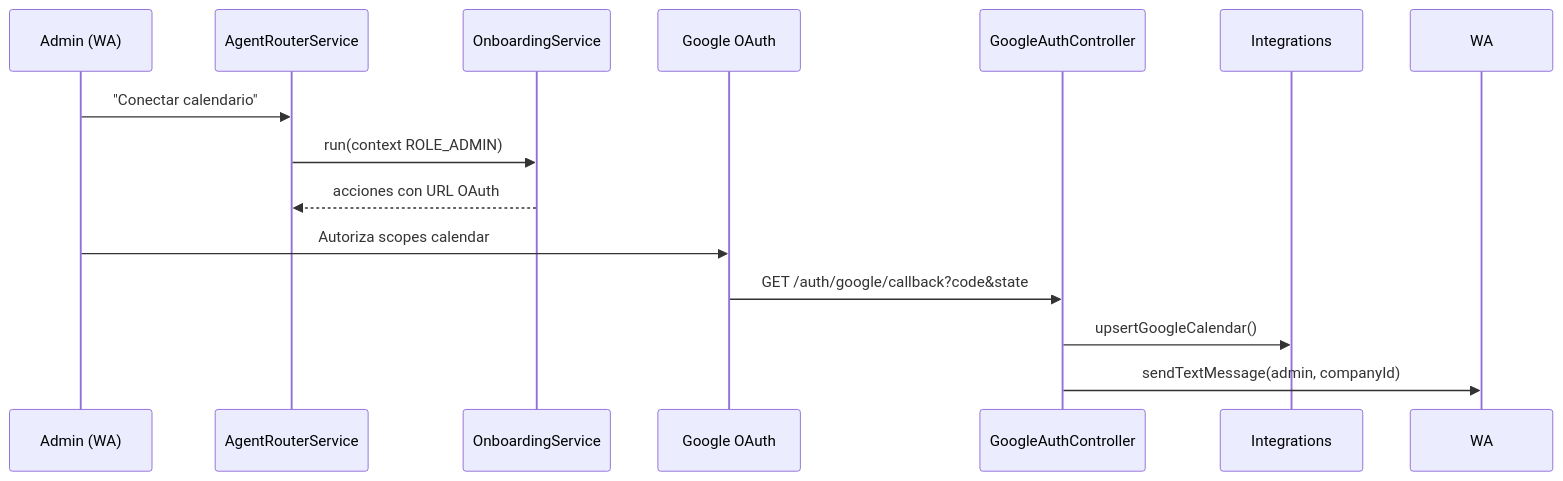
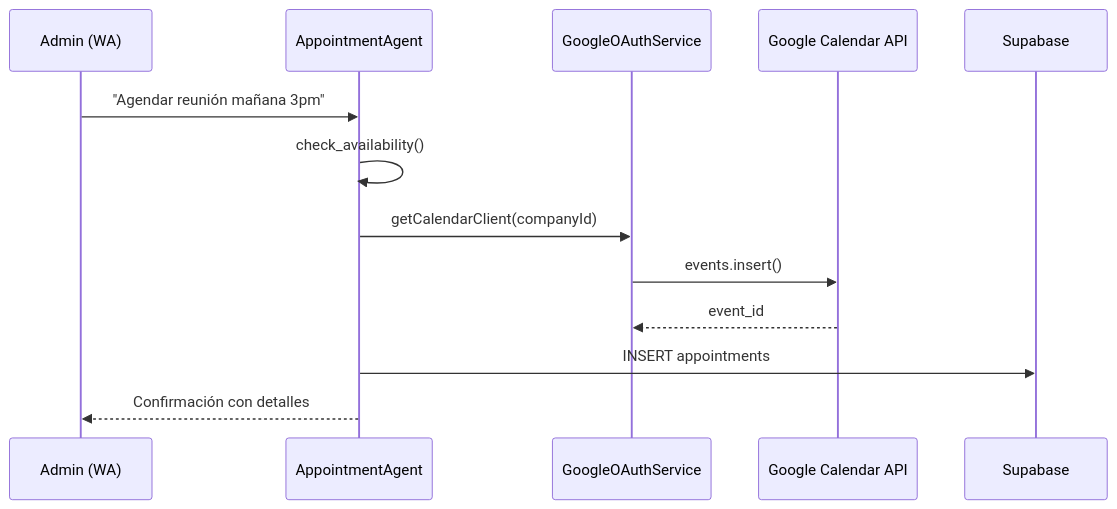
Before and after one commit to Optus-development-team/optus-agentBE: the third of 4 diagrams in .github/docs/PROGRAM_FLOWS.md, drawn with Mermaid. The commit also changed other lines of this file and 3 other files, not shown here.

First line of the commit message:
Enhance documentation for multi-tenant backend structure and program flows

````diff
--- a/.github/docs/PROGRAM_FLOWS.md
+++ b/.github/docs/PROGRAM_FLOWS.md
@@ -46,16 +86,16 @@
 ```mermaid
 sequenceDiagram
   participant Admin as Admin (WA)
-  participant Router as AgentRouterService
-  participant Onboard as OnboardingService
-  participant Google as Google OAuth
-  participant API as GoogleAuthController
+  participant Appt as AppointmentAgent
+  participant OAuth as GoogleOAuthService
+  participant Cal as Google Calendar API
+  participant DB as Supabase
 
-  Admin->>Router: "Conectar calendario"
-  Router->>Onboard: run(context ROLE_ADMIN)
-  Onboard-->>Router: acciones con URL OAuth
-  Admin->>Google: Autoriza scopes calendar
-  Google->>API: GET /auth/google/callback?code&state
-  API->>Integrations: upsertGoogleCalendar()
-  API->>WA: sendTextMessage(admin, companyId)
+  Admin->>Appt: "Agendar reunión mañana 3pm"
+  Appt->>Appt: check_availability()
+  Appt->>OAuth: getCalendarClient(companyId)
+  OAuth->>Cal: events.insert()
+  Cal-->>OAuth: event_id
+  Appt->>DB: INSERT appointments
+  Appt-->>Admin: Confirmación con detalles
 ```
````
